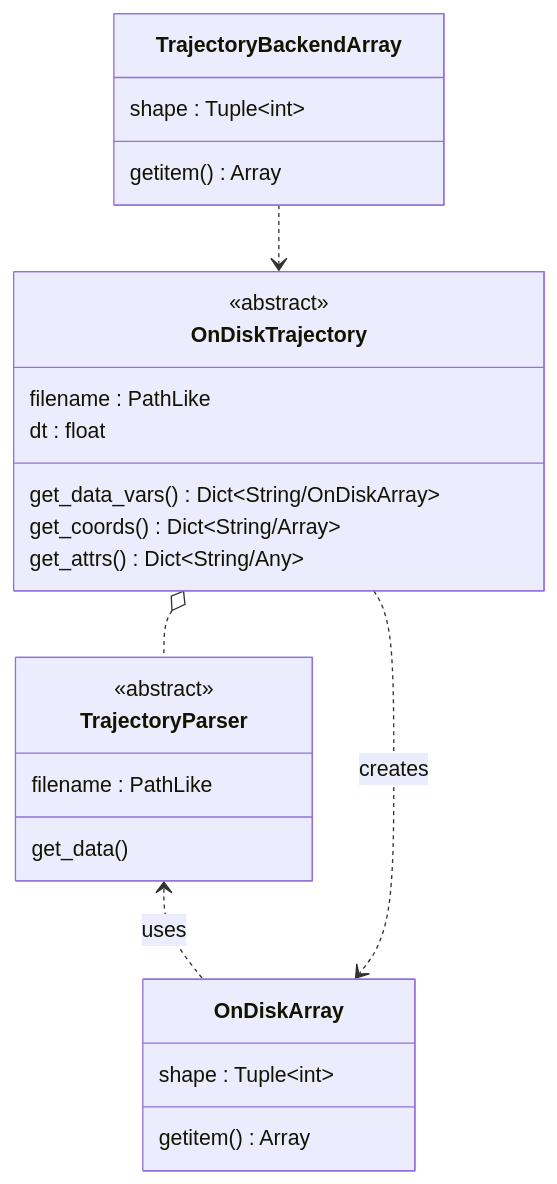
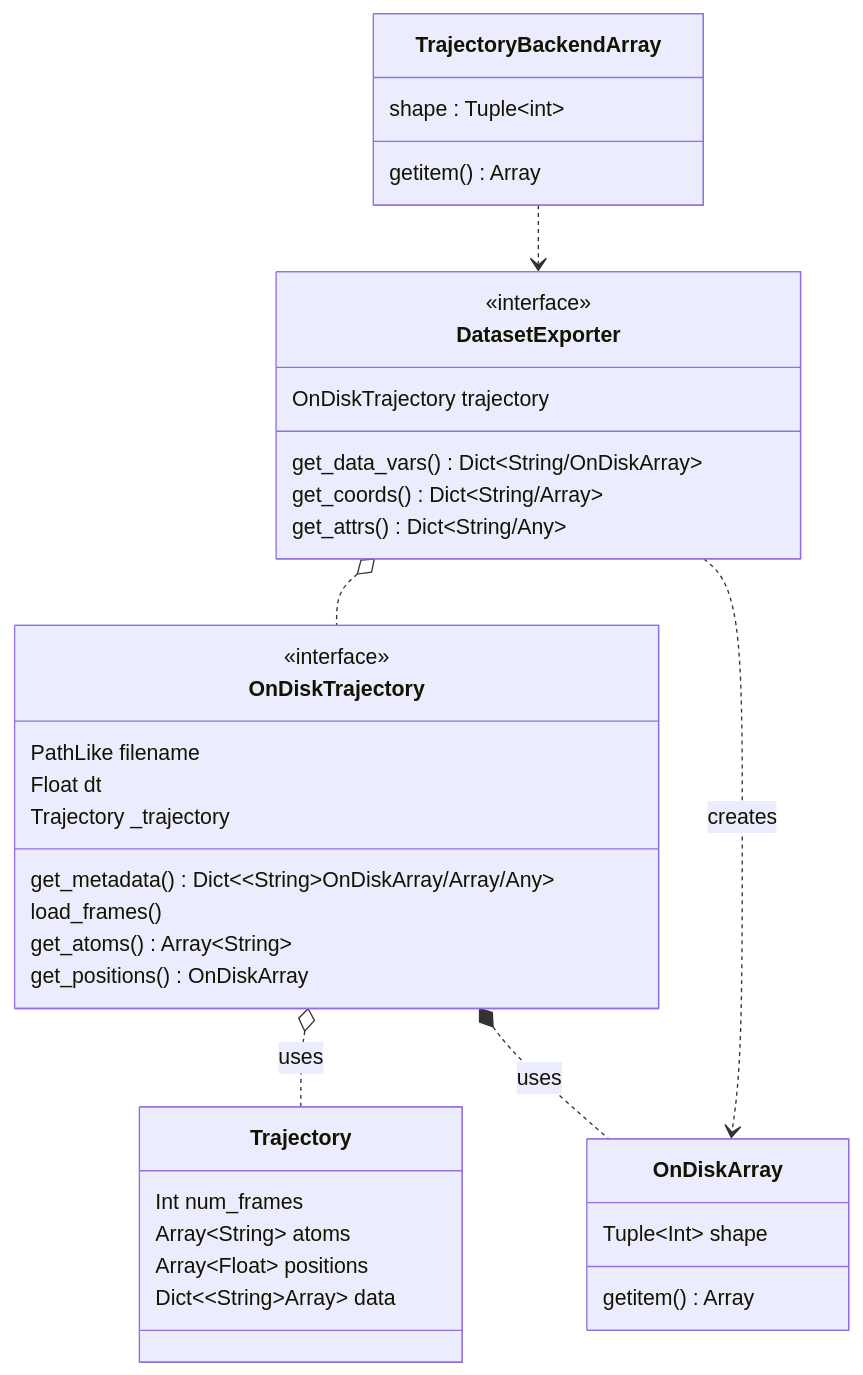
One commit to ldgibson/xmdpy changed the diagram in src/xmdpy/backends/README.md. Above: the diagram before and after it, drawn with Mermaid.

Commit message:
updating class relationship diagram

````diff
--- a/src/xmdpy/backends/README.md
+++ b/src/xmdpy/backends/README.md
@@ -4,33 +4,46 @@
 ```mermaid
 classDiagram
     class OnDiskArray {
-        shape : Tuple~int~
+        Tuple~Int~ shape
         getitem() Array
     }
+
+    class Trajectory {
+        Int num_frames
+        Array~String~ atoms
+        Array~Float~ positions
+        Dict~~String~Array~ data
+    }
     
-    class TrajectoryParser {
-        <<abstract>>
-        filename : PathLike
-        get_data()
+    class OnDiskTrajectory {
+        <<interface>>
+        PathLike filename
+        Float dt
+        Trajectory _trajectory
+        get_metadata() Dict~~String~OnDiskArray/Array/Any~
+        load_frames()
+        get_atoms() Array~String~
+        get_positions() OnDiskArray
     }
 
-    class OnDiskTrajectory {
-        <<abstract>>
-        filename : PathLike
-        dt : float
+    OnDiskTrajectory o.. Trajectory : uses
+
+    class DatasetExporter {
+        <<interface>>
+        OnDiskTrajectory trajectory
 
         get_data_vars() Dict~String/OnDiskArray~
         get_coords() Dict~String/Array~
         get_attrs() Dict~String/Any~
     }
 
-    TrajectoryParser <.. OnDiskArray : uses
-    OnDiskTrajectory o.. TrajectoryParser
-    OnDiskTrajectory ..> OnDiskArray : creates
+    OnDiskTrajectory *.. OnDiskArray : uses
+    DatasetExporter o.. OnDiskTrajectory
+    DatasetExporter ..> OnDiskArray : creates
 
     class TrajectoryBackendArray {
         shape : Tuple~int~
         getitem() Array
     }
-    TrajectoryBackendArray ..> OnDiskTrajectory
+    TrajectoryBackendArray ..> DatasetExporter
 ```
````
